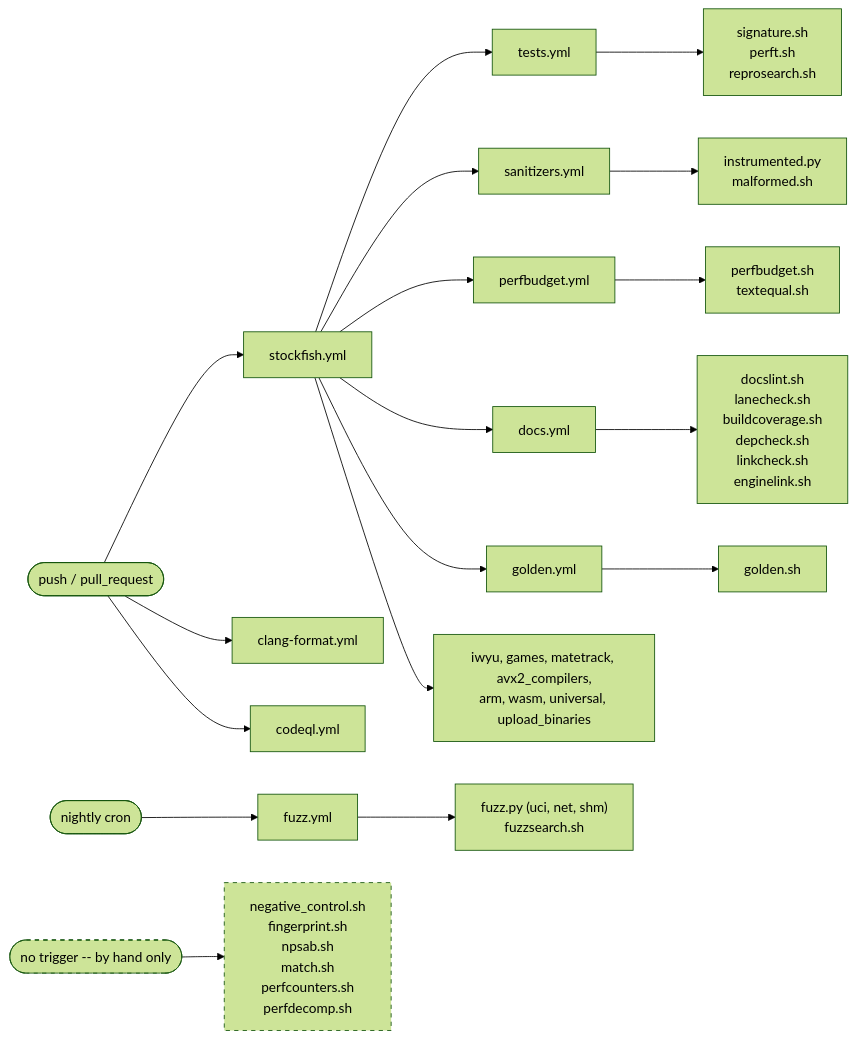
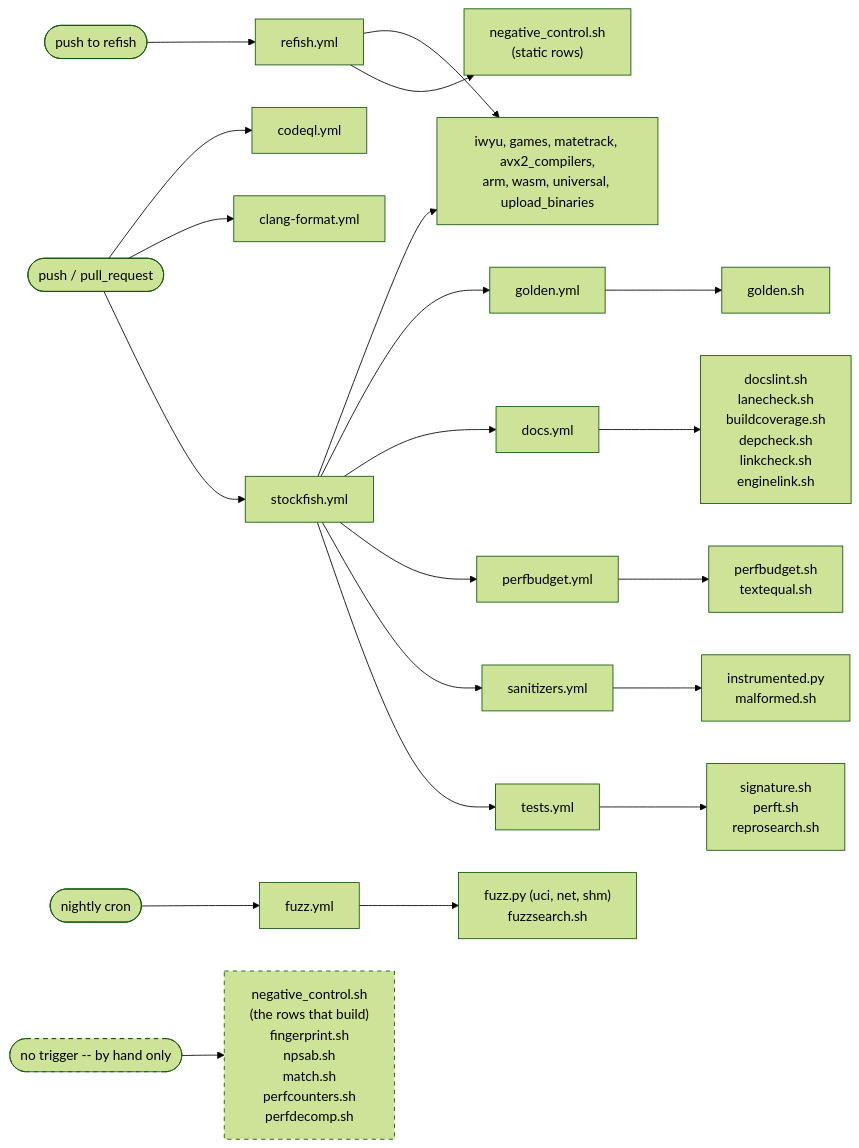
Before and after one commit to ppigazzini/Stockfish: the diagram in docs/10-tooling-ci.md, drawn with Mermaid (forest theme). The commit also changed other lines of this file and 3 other files, not shown here.

````diff
--- a/docs/10-tooling-ci.md
+++ b/docs/10-tooling-ci.md
@@ -1265,22 +1277,25 @@
 ```mermaid
 flowchart LR
     P(["push / pull_request"]) --> SF["stockfish.yml"]
+    R(["push to refish"]) --> RF["refish.yml"]
     P --> CF["clang-format.yml"]
     P --> CQ["codeql.yml"]
     SF --> T["tests.yml"]
     SF --> SAN["sanitizers.yml"]
     SF --> PB["perfbudget.yml"]
     SF --> D["docs.yml"]
     SF --> GO["golden.yml"]
     SF --> OTH["iwyu, games, matetrack, avx2_compilers,<br/>arm, wasm, universal, upload_binaries"]
     N(["nightly cron"]) --> FZ["fuzz.yml"]
     T --> G1["signature.sh<br/>perft.sh<br/>reprosearch.sh"]
     D --> G5["docslint.sh<br/>lanecheck.sh<br/>buildcoverage.sh<br/>depcheck.sh<br/>linkcheck.sh<br/>enginelink.sh"]
     GO --> G6["golden.sh"]
     FZ --> G7["fuzz.py (uci, net, shm)<br/>fuzzsearch.sh"]
     SAN --> G3["instrumented.py<br/>malformed.sh"]
     PB --> G4["perfbudget.sh<br/>textequal.sh"]
-    L(["no trigger -- by hand only"]) --> G2["negative_control.sh<br/>fingerprint.sh<br/>npsab.sh<br/>match.sh<br/>perfcounters.sh<br/>perfdecomp.sh"]
+    RF --> NC["negative_control.sh<br/>(static rows)"]
+    RF --> OTH
+    L(["no trigger -- by hand only"]) --> G2["negative_control.sh<br/>(the rows that build)<br/>fingerprint.sh<br/>npsab.sh<br/>match.sh<br/>perfcounters.sh<br/>perfdecomp.sh"]
     style G2 stroke-dasharray: 5 5
     style L stroke-dasharray: 5 5
 ```
````
